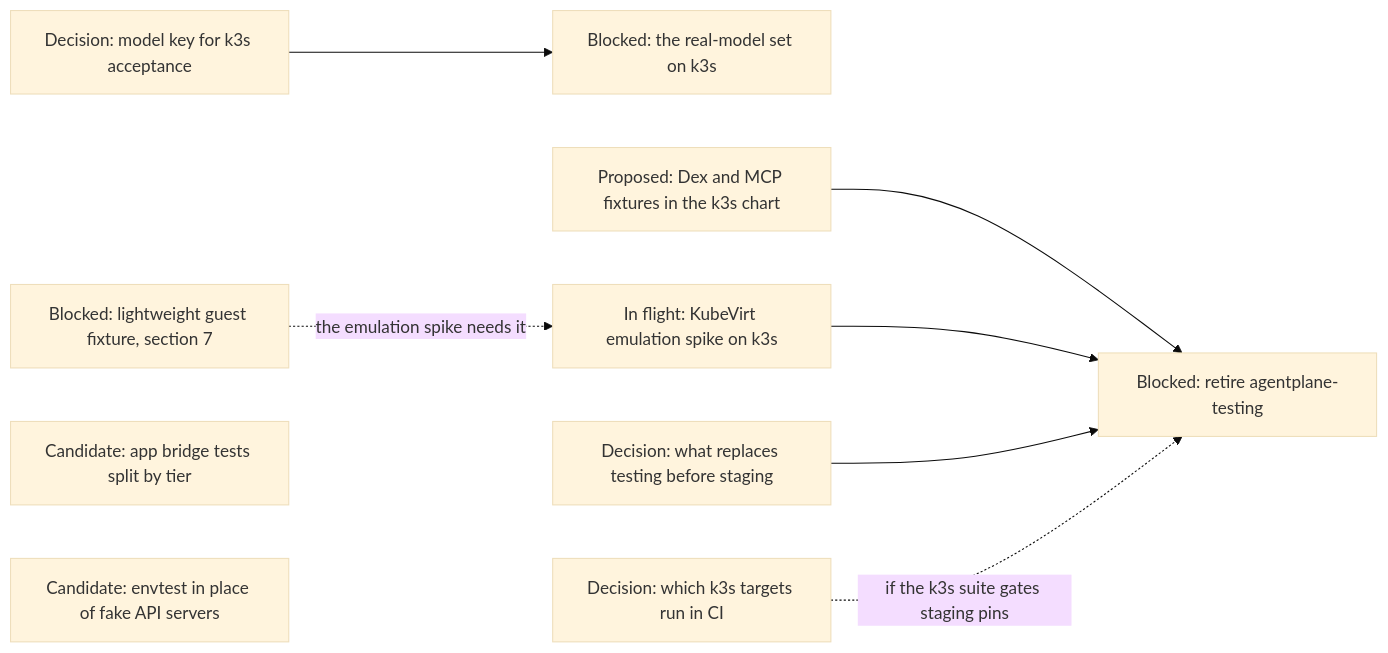
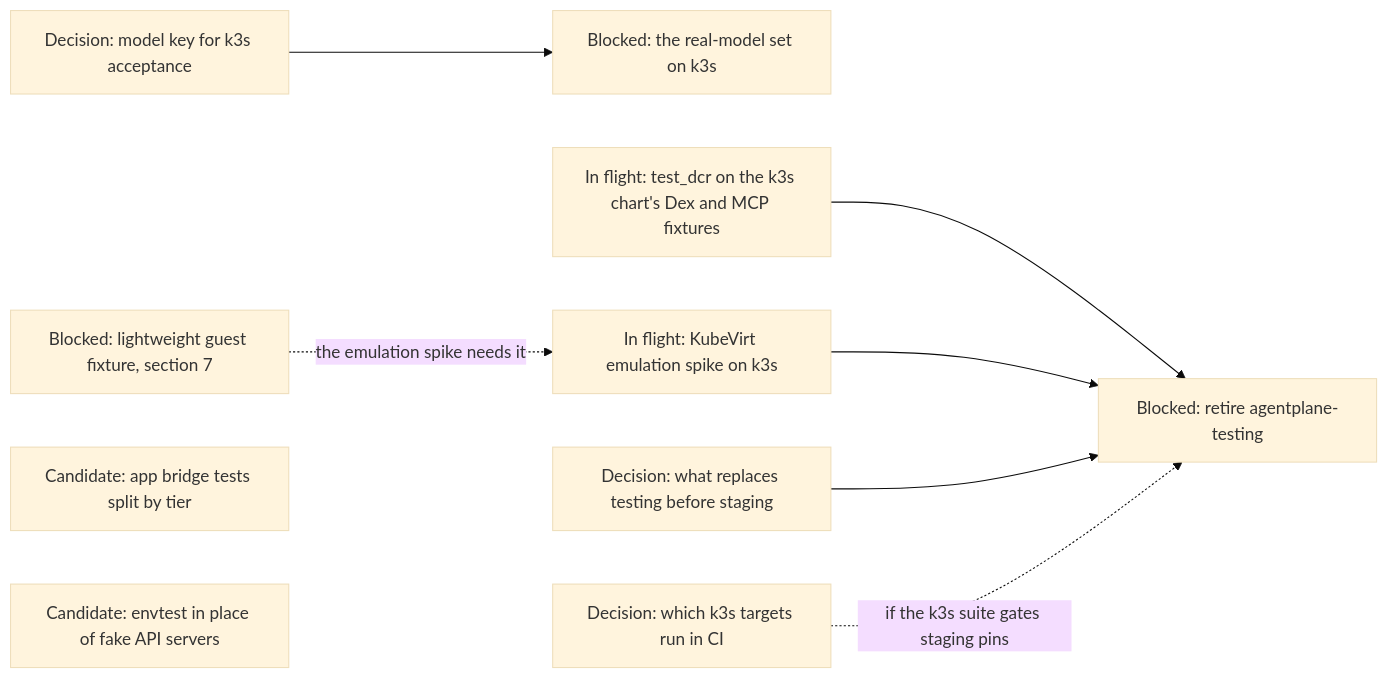
Diagram 17 of 17 in agentplane/plans/task_dag.md (agentydragon/ducktape), drawn with Mermaid (base theme) before and after one commit. The commit also changed other lines of this file and 32 other files, not shown here.

````diff
--- a/agentplane/plans/task_dag.md
+++ b/agentplane/plans/task_dag.md
@@ -1959,19 +1959,19 @@
 ```mermaid
 flowchart LR
     K3S_MODEL_CREDENTIALS[Decision: model key for k3s acceptance]
     K3S_MODEL_SCENARIOS[Blocked: the real-model set on k3s]
-    K3S_FIXTURE_IDENTITY[Proposed: Dex and MCP fixtures in the k3s chart]
+    K3S_FIXTURE_IDENTITY[In flight: test_dcr on the k3s chart's Dex and MCP fixtures]
     K3S_VM_ACCEPTANCE[In flight: KubeVirt emulation spike on k3s]
     K3S_VM_IMAGE[Blocked: lightweight guest fixture, section 7]
     TESTING_ROLLOUT_ROLE[Decision: what replaces testing before staging]
     TESTING_ENVIRONMENT_RETIRE[Blocked: retire agentplane-testing]
     K3S_CI_TIER[Decision: which k3s targets run in CI]
     APP_BRIDGE_TEST_SPLIT[Candidate: app bridge tests split by tier]
     FAKE_APISERVERS_TO_ENVTEST[Candidate: envtest in place of fake API servers]
     K3S_MODEL_CREDENTIALS --> K3S_MODEL_SCENARIOS
     K3S_VM_IMAGE -. the emulation spike needs it .-> K3S_VM_ACCEPTANCE
     K3S_FIXTURE_IDENTITY --> TESTING_ENVIRONMENT_RETIRE
     K3S_VM_ACCEPTANCE --> TESTING_ENVIRONMENT_RETIRE
     TESTING_ROLLOUT_ROLE --> TESTING_ENVIRONMENT_RETIRE
     K3S_CI_TIER -. if the k3s suite gates staging pins .-> TESTING_ENVIRONMENT_RETIRE
 ```
````
